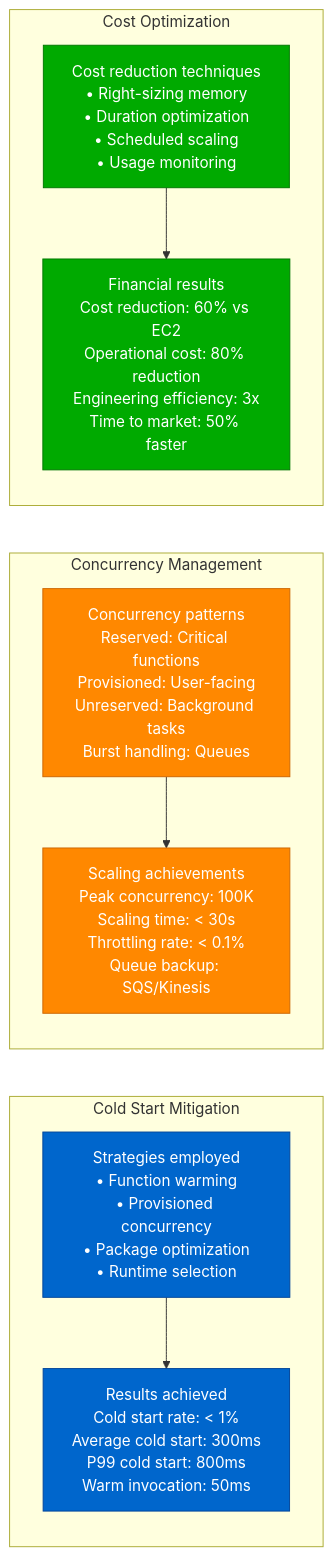
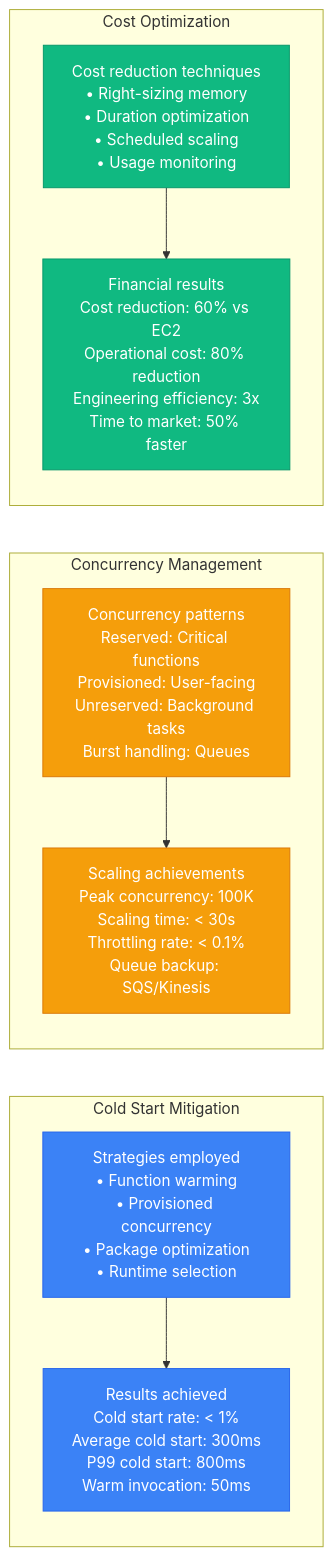
The tenth of 11 diagrams in site/docs/performance/serverless-performance-profile.md (deepaucksharma/DS), drawn with Mermaid before and after one commit. The commit also changed other lines of this file and 303 other files, not shown here.

````diff
--- a/site/docs/performance/serverless-performance-profile.md
+++ b/site/docs/performance/serverless-performance-profile.md
@@ -394,34 +394,34 @@
 ```mermaid
 graph LR
     subgraph "Cold Start Mitigation"
         COLD_MIT1[Strategies employed<br/>• Function warming<br/>• Provisioned concurrency<br/>• Package optimization<br/>• Runtime selection]
 
         COLD_MIT2[Results achieved<br/>Cold start rate: < 1%<br/>Average cold start: 300ms<br/>P99 cold start: 800ms<br/>Warm invocation: 50ms]
 
         COLD_MIT1 --> COLD_MIT2
     end
 
     subgraph "Concurrency Management"
         CONC1[Concurrency patterns<br/>Reserved: Critical functions<br/>Provisioned: User-facing<br/>Unreserved: Background tasks<br/>Burst handling: Queues]
 
         CONC2[Scaling achievements<br/>Peak concurrency: 100K<br/>Scaling time: < 30s<br/>Throttling rate: < 0.1%<br/>Queue backup: SQS/Kinesis]
 
         CONC1 --> CONC2
     end
 
     subgraph "Cost Optimization"
         COST_OPT1[Cost reduction techniques<br/>• Right-sizing memory<br/>• Duration optimization<br/>• Scheduled scaling<br/>• Usage monitoring]
 
         COST_OPT2[Financial results<br/>Cost reduction: 60% vs EC2<br/>Operational cost: 80% reduction<br/>Engineering efficiency: 3x<br/>Time to market: 50% faster]
 
         COST_OPT1 --> COST_OPT2
     end
 
-    classDef coldStyle fill:#0066CC,stroke:#004499,color:#fff
-    classDef concStyle fill:#FF8800,stroke:#CC6600,color:#fff
-    classDef costStyle fill:#00AA00,stroke:#007700,color:#fff
+    classDef coldStyle fill:#3B82F6,stroke:#2563EB,color:#fff
+    classDef concStyle fill:#F59E0B,stroke:#D97706,color:#fff
+    classDef costStyle fill:#10B981,stroke:#059669,color:#fff
 
     class COLD_MIT1,COLD_MIT2 coldStyle
     class CONC1,CONC2 concStyle
     class COST_OPT1,COST_OPT2 costStyle
 ```
````
